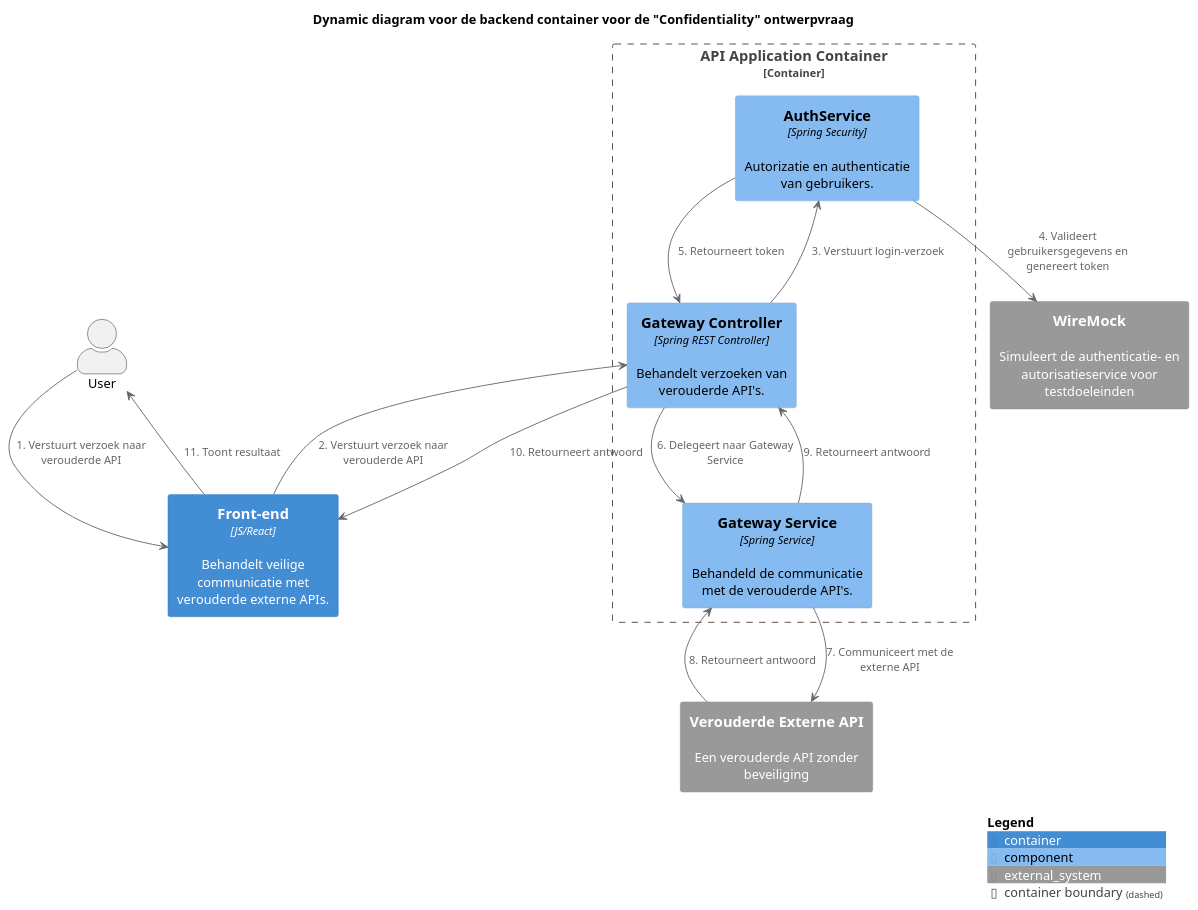
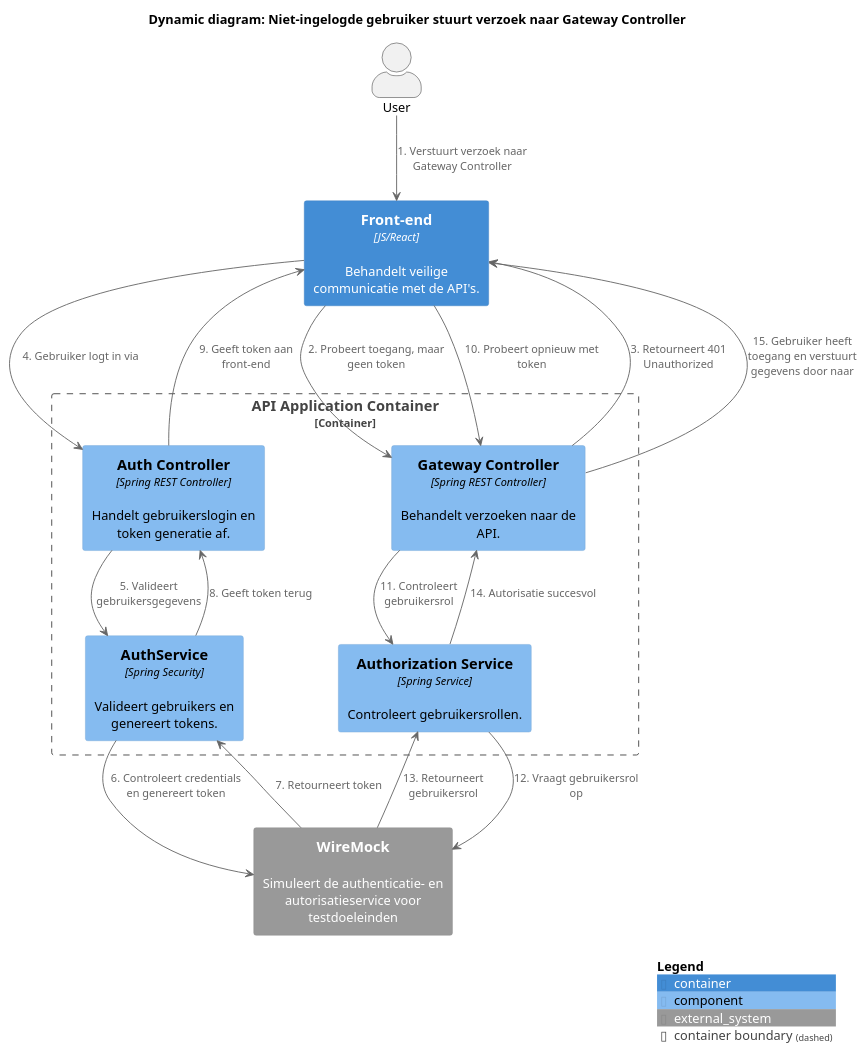
The diagram in week-2/les 3/pressure_cooker/dynamic-diagram/Dynamic_diagram.puml (AIM-ENE-feb25/triptop-groep-b5), drawn with PlantUML before and after one commit. The commit also changed 22 other files, not shown here.

Commit message:
Nieuwe diagrammen en nieuwe gefaalde code.

```diff
--- a/week-2/les 3/pressure_cooker/dynamic-diagram/Dynamic_diagram.puml
+++ b/week-2/les 3/pressure_cooker/dynamic-diagram/Dynamic_diagram.puml
@@ -1,31 +1,35 @@
 @startuml
 !include https://raw.githubusercontent.com/plantuml-stdlib/C4-PlantUML/master/C4_Dynamic.puml
 
-title Dynamic diagram voor de backend container voor de "Confidentiality" ontwerpvraag
+title Dynamic diagram: Niet-ingelogde gebruiker stuurt verzoek naar Gateway Controller
 
 actor User
 
-Container(webapp, "Front-end", "JS/React", "Behandelt veilige communicatie met verouderde externe APIs.")
+Container(webapp, "Front-end", "JS/React", "Behandelt veilige communicatie met de API's.")
 Container_Boundary(apiComponents, "API Application Container") {
-    Component(authService, "AuthService", "Spring Security", "Autorizatie en authenticatie van gebruikers.")
-    Component(controller, "Gateway Controller", "Spring REST Controller", "Behandelt verzoeken van verouderde API's.")
-    Component(service, "Gateway Service", "Spring Service", "Behandeld de communicatie met de verouderde API's.")
+    Component(authController, "Auth Controller", "Spring REST Controller", "Handelt gebruikerslogin en token generatie af.")
+    Component(authService, "AuthService", "Spring Security", "Valideert gebruikers en genereert tokens.")
+    Component(controller, "Gateway Controller", "Spring REST Controller", "Behandelt verzoeken naar de API.")
+    Component(authroizatieService, "Authorization Service", "Spring Service", "Controleert gebruikersrollen.")
 }
 
 System_Ext(wiremock, "WireMock", "Simuleert de authenticatie- en autorisatieservice voor testdoeleinden")
-System_Ext(externalApi, "Verouderde Externe API", "Een verouderde API zonder beveiliging")
 
-User --> webapp : 1. Verstuurt verzoek naar verouderde API
-webapp --> controller : 2. Verstuurt verzoek naar verouderde API
-controller --> authService : 3. Verstuurt login-verzoek
-authService --> wiremock : 4. Valideert gebruikersgegevens en genereert token
-authService --> controller : 5. Retourneert token
-controller --> service : 6. Delegeert naar Gateway Service
-service --> externalApi : 7. Communiceert met de externe API
-externalApi --> service : 8. Retourneert antwoord
-service --> controller : 9. Retourneert antwoord
-controller --> webapp : 10. Retourneert antwoord
-webapp --> User : 11. Toont resultaat
+User --> webapp : 1. Verstuurt verzoek naar Gateway Controller
+webapp --> controller : 2. Probeert toegang, maar geen token
+controller --> webapp : 3. Retourneert 401 Unauthorized
+webapp --> authController : 4. Gebruiker logt in via
+authController --> authService : 5. Valideert gebruikersgegevens
+authService --> wiremock : 6. Controleert credentials en genereert token
+wiremock --> authService : 7. Retourneert token
+authService --> authController : 8. Geeft token terug
+authController --> webapp : 9. Geeft token aan front-end
+webapp --> controller : 10. Probeert opnieuw met token
+controller --> authroizatieService : 11. Controleert gebruikersrol
+authroizatieService --> wiremock : 12. Vraagt gebruikersrol op
+wiremock --> authroizatieService : 13. Retourneert gebruikersrol
+authroizatieService --> controller : 14. Autorisatie succesvol
+controller --> webapp : 15. Gebruiker heeft toegang en verstuurt gegevens door naar
 
 SHOW_LEGEND()
 @enduml
```
